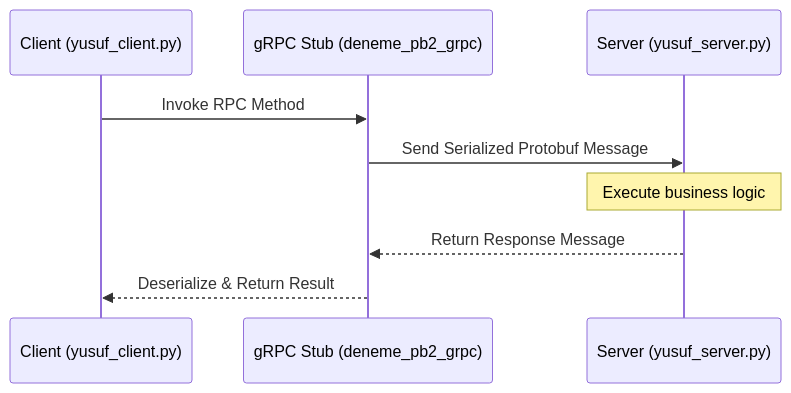
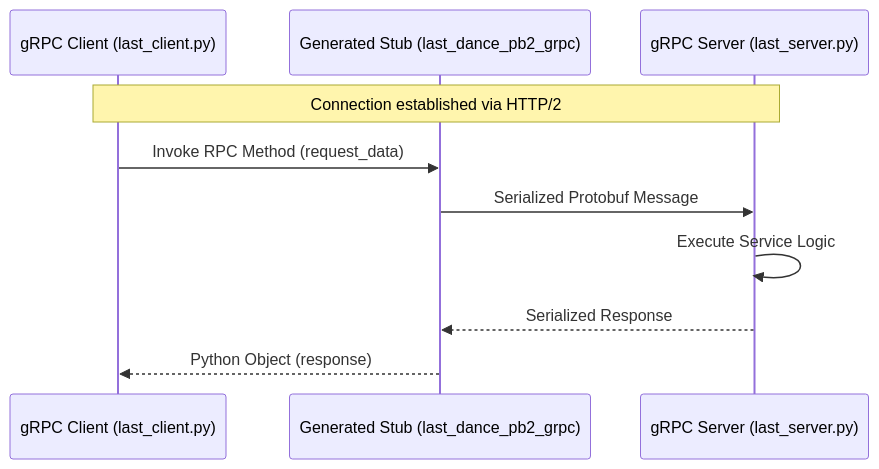
Before and after one commit to YusuffBulbul/GRPC_calisma: the second of 2 diagrams in README_ARCH.md, drawn with Mermaid. The commit also changed other lines of this file, not shown here.

````diff
--- a/README_ARCH.md
+++ b/README_ARCH.md
@@ -53,13 +62,14 @@
 ```mermaid
 sequenceDiagram
-    participant C as Client (yusuf_client.py)
-    participant S as gRPC Stub (deneme_pb2_grpc)
-    participant R as Server (yusuf_server.py)
+    participant Client as gRPC Client (last_client.py)
+    participant Stub as Generated Stub (last_dance_pb2_grpc)
+    participant Server as gRPC Server (last_server.py)
 
-    C->>S: Invoke RPC Method
-    S->>R: Send Serialized Protobuf Message
-    Note over R: Execute business logic
-    R-->>S: Return Response Message
-    S-->>C: Deserialize & Return Result
+    Note over Client, Server: Connection established via HTTP/2
+    Client->>Stub: Invoke RPC Method (request_data)
+    Stub->>Server: Serialized Protobuf Message
+    Server->>Server: Execute Service Logic
+    Server-->>Stub: Serialized Response
+    Stub-->>Client: Python Object (response)
 
 ```
````
